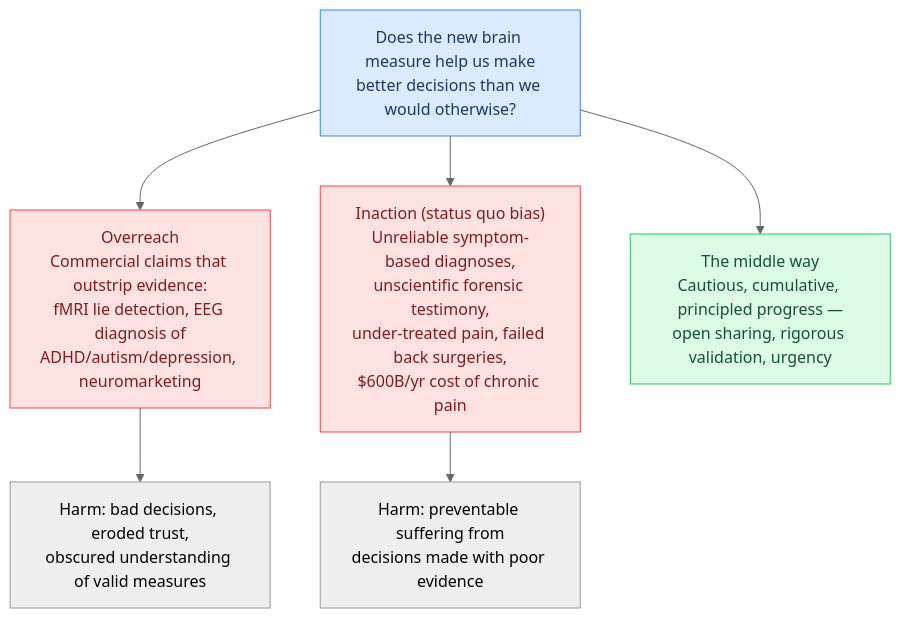
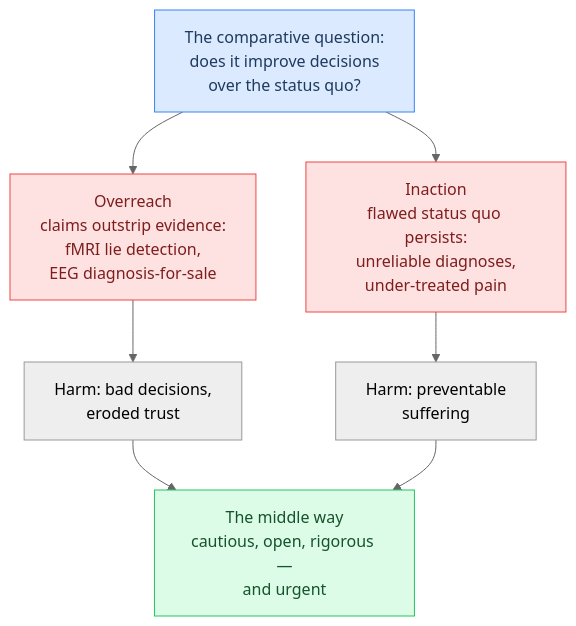
The third of 3 diagrams in part1/ch03-imaging-and-society.md (torwager/elements-of-fmri-tutorials), drawn with Mermaid (neutral theme) before and after one commit. The commit also changed other lines of this file and 64 other files, not shown here.

First line of the commit message:
Polish batch A (ch 1-21): equation where-lines + hover tooltips, verbose comments, example outputs, resource links, figure rights + fixes, mermaid cleanup

````diff
--- a/part1/ch03-imaging-and-society.md
+++ b/part1/ch03-imaging-and-society.md
@@ -75,13 +75,14 @@
 ```{mermaid}
 flowchart TD
-    Q["Does the new brain measure help us make<br/>better decisions than we would otherwise?"]
-    Q --> O["Overreach<br/>Commercial claims that outstrip evidence:<br/>fMRI lie detection, EEG diagnosis of<br/>ADHD/autism/depression, neuromarketing"]
-    Q --> I["Inaction (status quo bias)<br/>Unreliable symptom-based diagnoses,<br/>unscientific forensic testimony,<br/>under-treated pain, failed back surgeries,<br/>$600B/yr cost of chronic pain"]
-    O --> H1["Harm: bad decisions, eroded trust,<br/>obscured understanding of valid measures"]
-    I --> H2["Harm: preventable suffering from<br/>decisions made with poor evidence"]
-    Q --> M["The middle way<br/>Cautious, cumulative, principled progress —<br/>open sharing, rigorous validation, urgency"]
+    Q["The comparative question:<br/>does it improve decisions<br/>over the status quo?"]
+    Q --> O["Overreach<br/>claims outstrip evidence:<br/>fMRI lie detection,<br/>EEG diagnosis-for-sale"]
+    Q --> I["Inaction<br/>flawed status quo persists:<br/>unreliable diagnoses,<br/>under-treated pain"]
+    O --> H1["Harm: bad decisions,<br/>eroded trust"]
+    I --> H2["Harm: preventable<br/>suffering"]
+    H1 --> M["The middle way<br/>cautious, open, rigorous —<br/>and urgent"]
+    H2 --> M
     style Q fill:#dbeafe,stroke:#3b82f6,color:#1e3a5f
     style O fill:#fee2e2,stroke:#ef4444,color:#7f1d1d
     style I fill:#fee2e2,stroke:#ef4444,color:#7f1d1d
     style M fill:#dcfce7,stroke:#22c55e,color:#14532d
 ```
````
